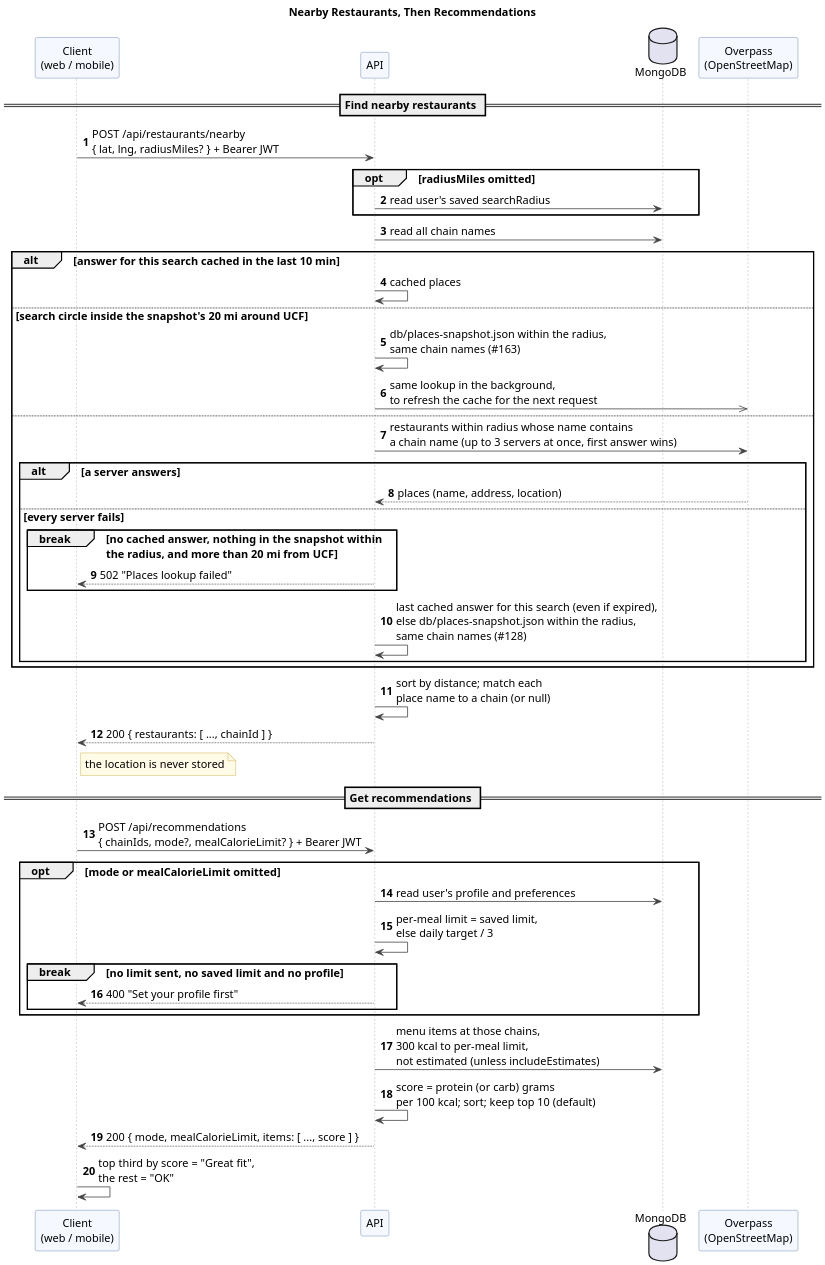
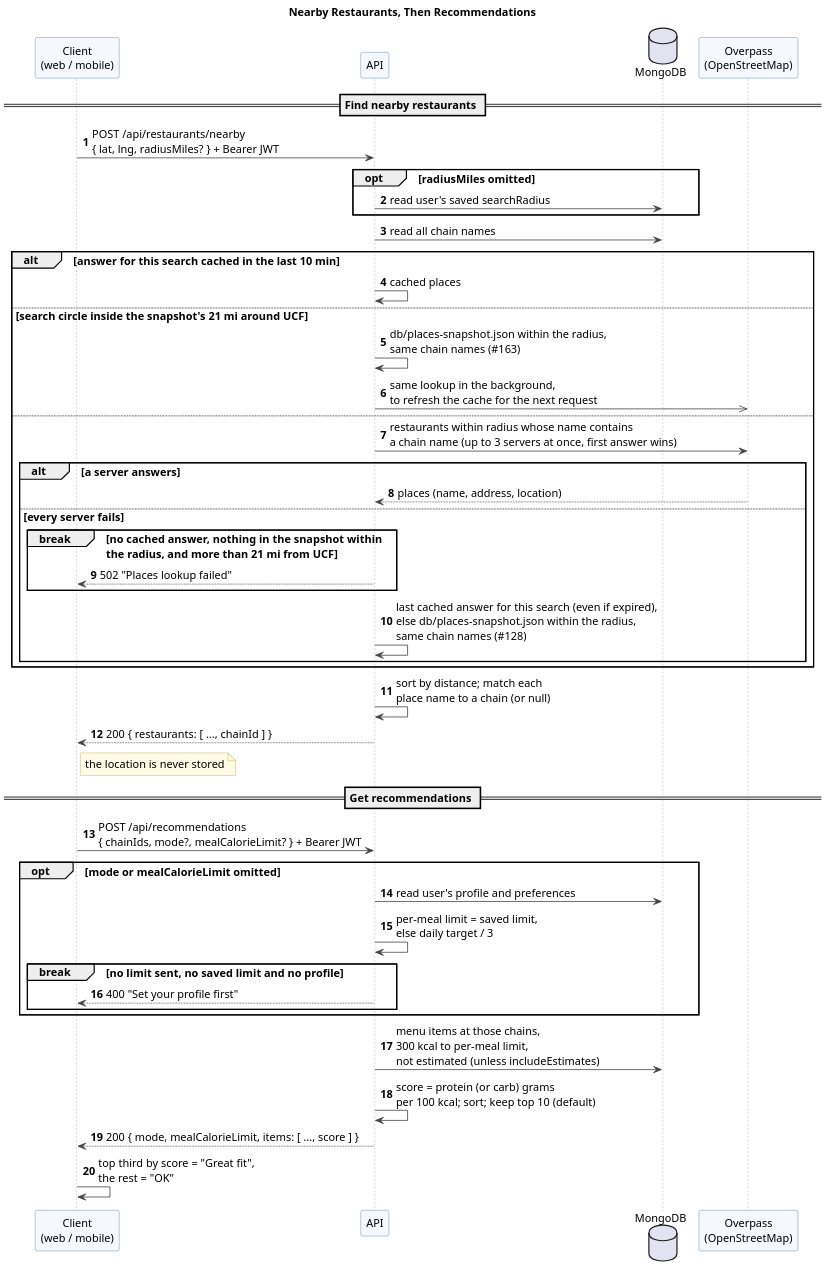
One commit to polter-dev/POOSD_large_proj changed the diagram in docs/diagrams/sequence-recommendations.puml. Above: the diagram before and after it, drawn with PlantUML. The commit also changed 6 other files, not shown here.

Commit message:
Capture the snapshot at 21 mi so a 20-mile search at UCF uses it

```diff
--- a/docs/diagrams/sequence-recommendations.puml
+++ b/docs/diagrams/sequence-recommendations.puml
@@ -1,64 +1,64 @@
 @startuml sequence-recommendations
 ' Menu Macro Fitter -- nearby restaurants, then recommendations (issue #37)
 ' Call order from backend/src/controllers/restaurants.js and recommendations.js. The student is already logged in.
 
 skinparam defaultFontName Verdana
 scale 2
 skinparam defaultFontSize 14
 skinparam shadowing false
 skinparam ArrowColor #444444
 skinparam sequenceLifeLineBorderColor #999999
 skinparam sequenceParticipantBackgroundColor #F5F9FF
 skinparam sequenceParticipantBorderColor #4A6FA5
 skinparam noteBackgroundColor #FFFBE6
 skinparam noteBorderColor #C9A227
 autonumber
 
 title Nearby Restaurants, Then Recommendations
 
 participant "Client\n(web / mobile)" as Client
 participant API
 database MongoDB
 participant "Overpass\n(OpenStreetMap)" as Overpass
 
 == Find nearby restaurants ==
 Client -> API : POST /api/restaurants/nearby\n{ lat, lng, radiusMiles? } + Bearer JWT
 opt radiusMiles omitted
   API -> MongoDB : read user's saved searchRadius
 end
 API -> MongoDB : read all chain names
 alt answer for this search cached in the last 10 min
   API -> API : cached places
-else search circle inside the snapshot's 20 mi around UCF
+else search circle inside the snapshot's 21 mi around UCF
   API -> API : db/places-snapshot.json within the radius,\nsame chain names (#163)
   API ->> Overpass : same lookup in the background,\nto refresh the cache for the next request
 else
   API -> Overpass : restaurants within radius whose name contains\na chain name (up to 3 servers at once, first answer wins)
   alt a server answers
     Overpass --> API : places (name, address, location)
   else every server fails
-    break no cached answer, nothing in the snapshot within\nthe radius, and more than 20 mi from UCF
+    break no cached answer, nothing in the snapshot within\nthe radius, and more than 21 mi from UCF
       API --> Client : 502 "Places lookup failed"
     end
     API -> API : last cached answer for this search (even if expired),\nelse db/places-snapshot.json within the radius,\nsame chain names (#128)
   end
 end
 API -> API : sort by distance; match each\nplace name to a chain (or null)
 API --> Client : 200 { restaurants: [ ..., chainId ] }
 note right of Client : the location is never stored
 
 == Get recommendations ==
 Client -> API : POST /api/recommendations\n{ chainIds, mode?, mealCalorieLimit? } + Bearer JWT
 opt mode or mealCalorieLimit omitted
   API -> MongoDB : read user's profile and preferences
   API -> API : per-meal limit = saved limit,\nelse daily target / 3
   break no limit sent, no saved limit and no profile
     API --> Client : 400 "Set your profile first"
   end
 end
 API -> MongoDB : menu items at those chains,\n300 kcal to per-meal limit,\nnot estimated (unless includeEstimates)
 API -> API : score = protein (or carb) grams\nper 100 kcal; sort; keep top 10 (default)
 API --> Client : 200 { mode, mealCalorieLimit, items: [ ..., score ] }
 Client -> Client : top third by score = "Great fit",\nthe rest = "OK"
 
 @enduml
```
